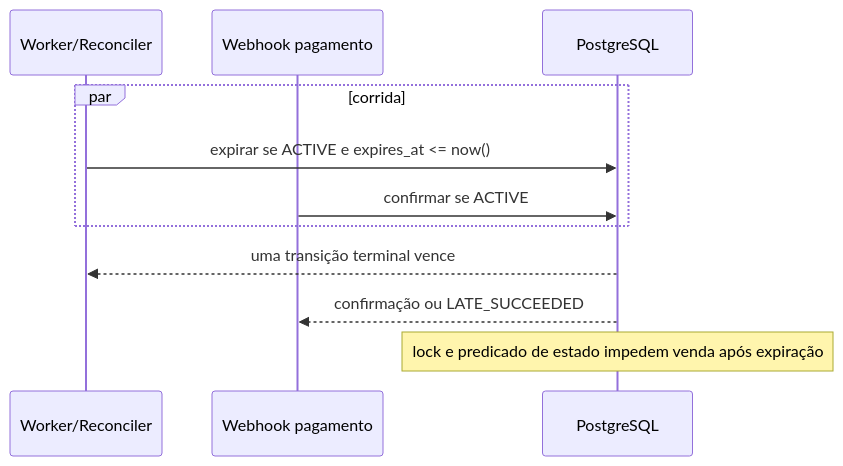
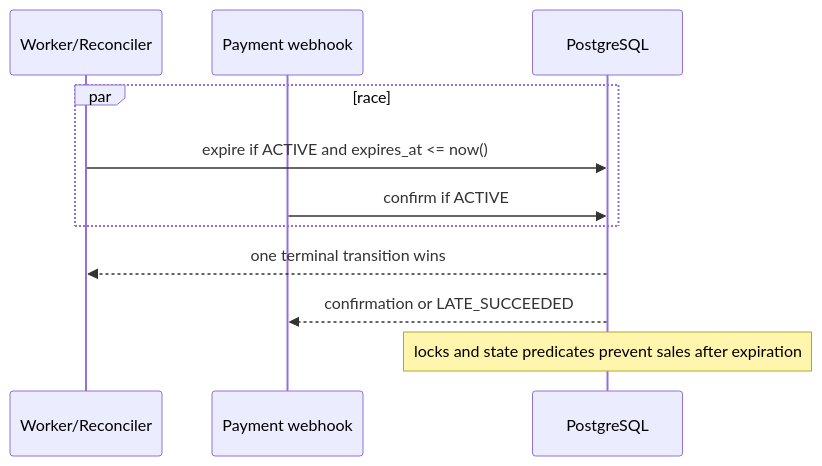
Before and after one commit to lbraun7/live-seat-reservation: the fourth of 4 diagrams in docs/architecture.md, drawn with Mermaid. The commit also changed other lines of this file and 15 other files, not shown here.

````diff
--- a/docs/architecture.md
+++ b/docs/architecture.md
@@ -86,13 +82,13 @@
 ```mermaid
 sequenceDiagram
   participant W as Worker/Reconciler
-  participant P as Webhook pagamento
+  participant P as Payment webhook
   participant DB as PostgreSQL
-  par corrida
-    W->>DB: expirar se ACTIVE e expires_at <= now()
-    P->>DB: confirmar se ACTIVE
+  par race
+    W->>DB: expire if ACTIVE and expires_at <= now()
+    P->>DB: confirm if ACTIVE
   end
-  DB-->>W: uma transição terminal vence
-  DB-->>P: confirmação ou LATE_SUCCEEDED
-  Note over DB: lock e predicado de estado impedem venda após expiração
+  DB-->>W: one terminal transition wins
+  DB-->>P: confirmation or LATE_SUCCEEDED
+  Note over DB: locks and state predicates prevent sales after expiration
 ```
````
